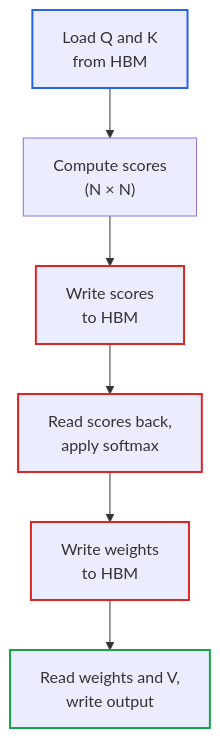
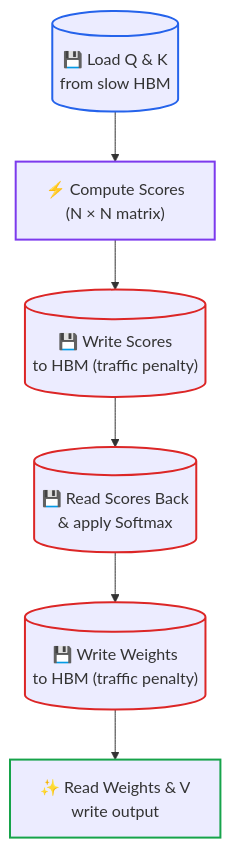
Before and after one commit to dip4k/senior-engineer-to-ai-engineer-roadmap: the first of 2 diagrams in 00-foundations-and-token-mechanics/06-roofline-and-flashattention-deep-dive.md, drawn with Mermaid. The commit also changed other lines of this file and 39 other files, not shown here.

First line of the commit message:
feat(curriculum): upgrade mermaid diagrams with unicode icons & codify anti-bloat layout rules

````diff
--- a/00-foundations-and-token-mechanics/06-roofline-and-flashattention-deep-dive.md
+++ b/00-foundations-and-token-mechanics/06-roofline-and-flashattention-deep-dive.md
@@ -88,14 +88,15 @@
 ```mermaid
 flowchart TD
-    A["Load Q and K<br>from HBM"] --> B["Compute scores<br>(N × N)"]
-    B --> C["Write scores<br>to HBM"]
-    C --> D["Read scores back,<br>apply softmax"]
-    D --> E["Write weights<br>to HBM"]
-    E --> F["Read weights and V,<br>write output"]
+    A[("💾 Load Q & K<br>from slow HBM")] --> B["⚡ Compute Scores<br>(N × N matrix)"]
+    B --> C[("💾 Write Scores<br>to HBM (traffic penalty)")]
+    C --> D[("💾 Read Scores Back<br>& apply Softmax")]
+    D --> E[("💾 Write Weights<br>to HBM (traffic penalty)")]
+    E --> F["✨ Read Weights & V<br>write output"]
 
     style A stroke:#2563eb,stroke-width:2px
+    style B stroke:#7c3aed,stroke-width:2px
     style C stroke:#dc2626,stroke-width:2px
     style D stroke:#dc2626,stroke-width:2px
     style E stroke:#dc2626,stroke-width:2px
     style F stroke:#16a34a,stroke-width:2px
 ```
````
